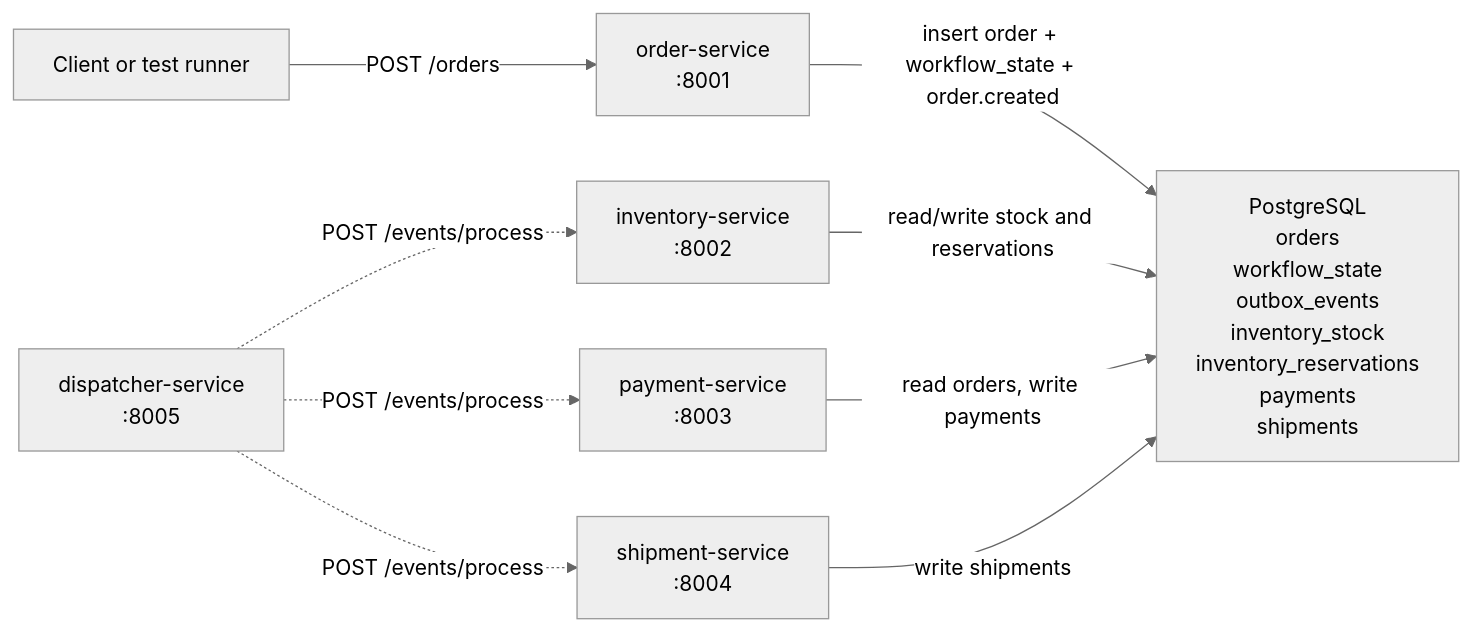
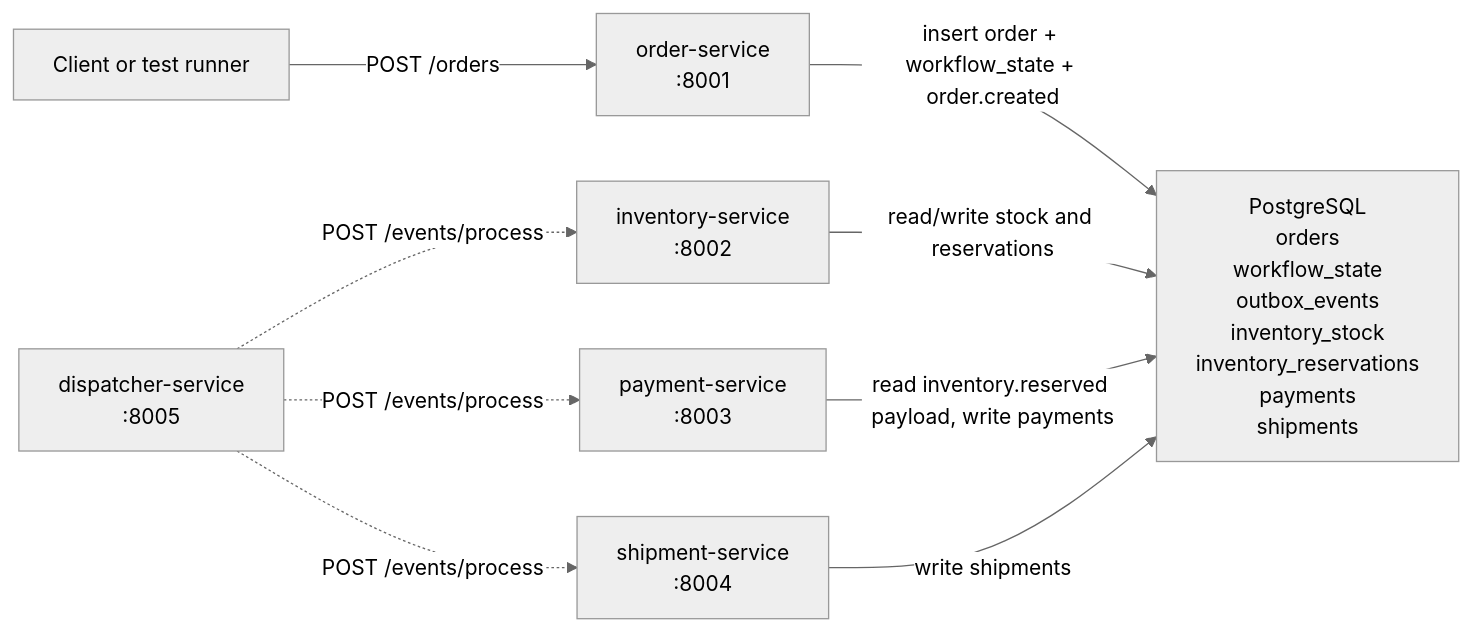
One commit to Sivarohitk/Distributed-Order-Processing-Inventory-Management-System changed the first of 2 diagrams in README.md. Above: the diagram before and after it, drawn with Mermaid (neutral theme). The commit also changed other lines of this file and 32 other files, not shown here.

````diff
--- a/README.md
+++ b/README.md
@@ -37,21 +56,21 @@
 ```mermaid
 flowchart LR
     Client["Client or test runner"]
     Order["order-service<br/>:8001"]
     Inventory["inventory-service<br/>:8002"]
     Payment["payment-service<br/>:8003"]
     Shipment["shipment-service<br/>:8004"]
     Dispatcher["dispatcher-service<br/>:8005"]
     DB["PostgreSQL<br/>orders<br/>workflow_state<br/>outbox_events<br/>inventory_stock<br/>inventory_reservations<br/>payments<br/>shipments"]
 
     Client -->|"POST /orders"| Order
     Order -->|"insert order + workflow_state + order.created"| DB
 
     Dispatcher -.->|"POST /events/process"| Inventory
     Dispatcher -.->|"POST /events/process"| Payment
     Dispatcher -.->|"POST /events/process"| Shipment
 
     Inventory -->|"read/write stock and reservations"| DB
-    Payment -->|"read orders, write payments"| DB
+    Payment -->|"read inventory.reserved payload, write payments"| DB
     Shipment -->|"write shipments"| DB
 ```
````
